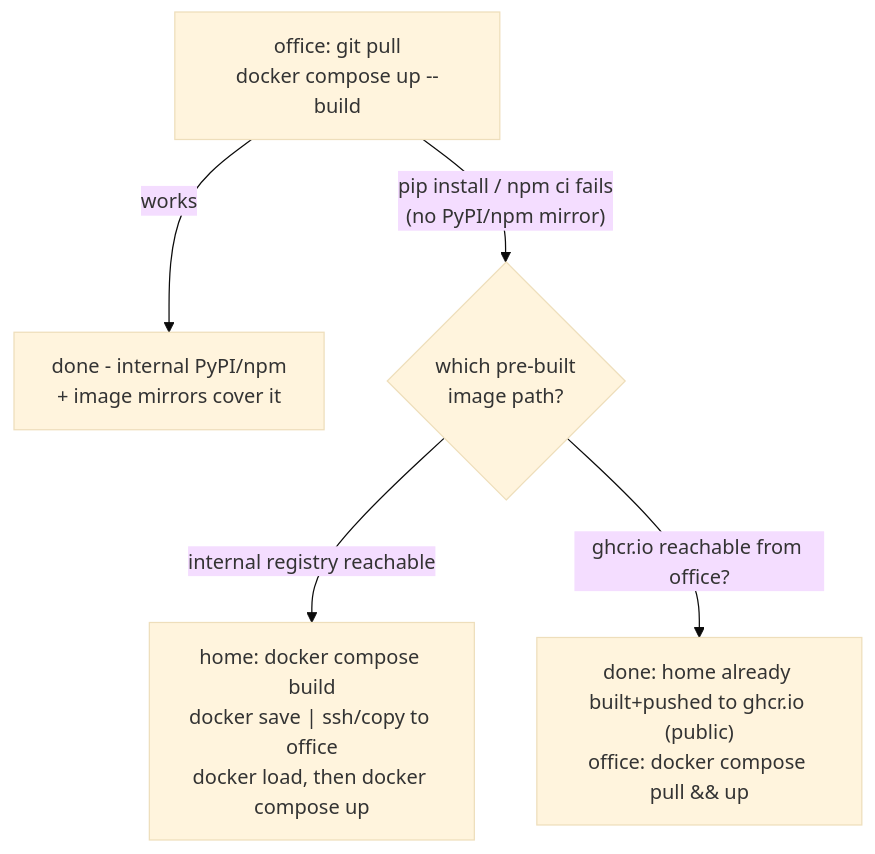
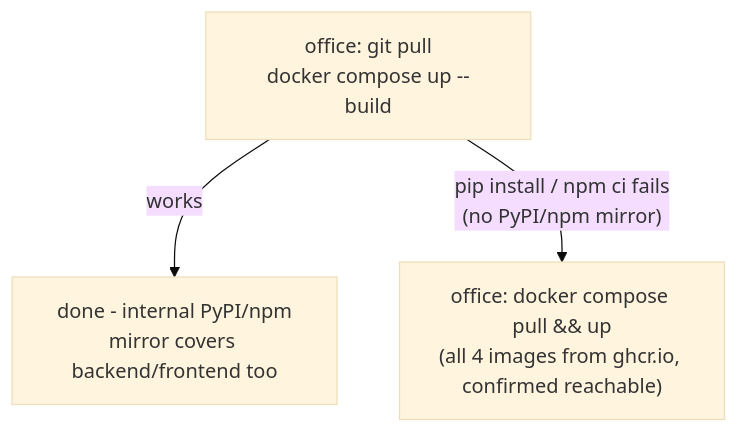
Before and after one commit to mail2yee/intelligent-data-governance-agent-onprem: the third of 3 diagrams in README.md, drawn with Mermaid (base theme). The commit also changed other lines of this file and 1 other file, not shown here.

````diff
--- a/README.md
+++ b/README.md
@@ -239,7 +261,5 @@
 ```mermaid
 flowchart TD
-    A["office: git pull\ndocker compose up --build"] -->|works| Z["done - internal PyPI/npm\n+ image mirrors cover it"]
-    A -->|"pip install / npm ci fails\n(no PyPI/npm mirror)"| B{"which pre-built\nimage path?"}
-    B -->|"internal registry reachable"| C["home: docker compose build\ndocker save | ssh/copy to office\ndocker load, then docker compose up"]
-    B -->|"ghcr.io reachable from office?"| D["done: home already built+pushed to ghcr.io (public)\noffice: docker compose pull && up"]
+    A["office: git pull\ndocker compose up --build"] -->|works| Z["done - internal PyPI/npm\nmirror covers backend/frontend too"]
+    A -->|"pip install / npm ci fails\n(no PyPI/npm mirror)"| B["office: docker compose pull && up\n(all 4 images from ghcr.io, confirmed reachable)"]
 ```
````
